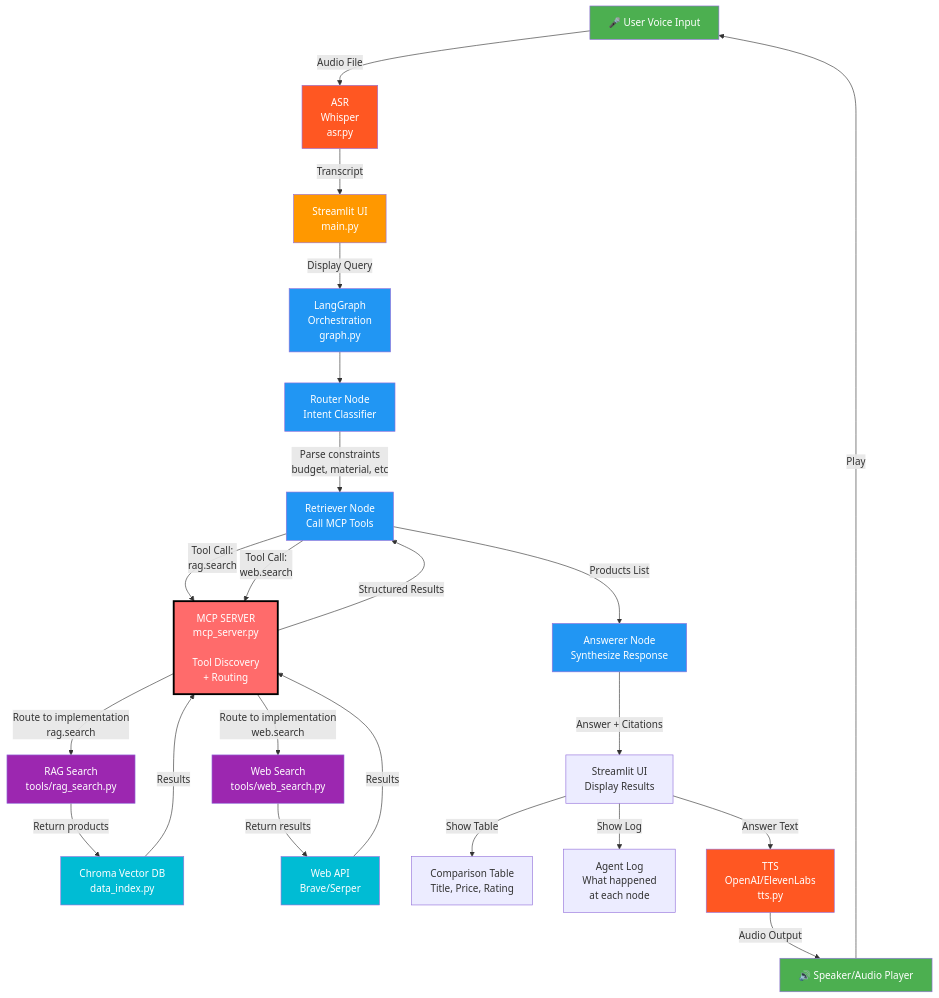
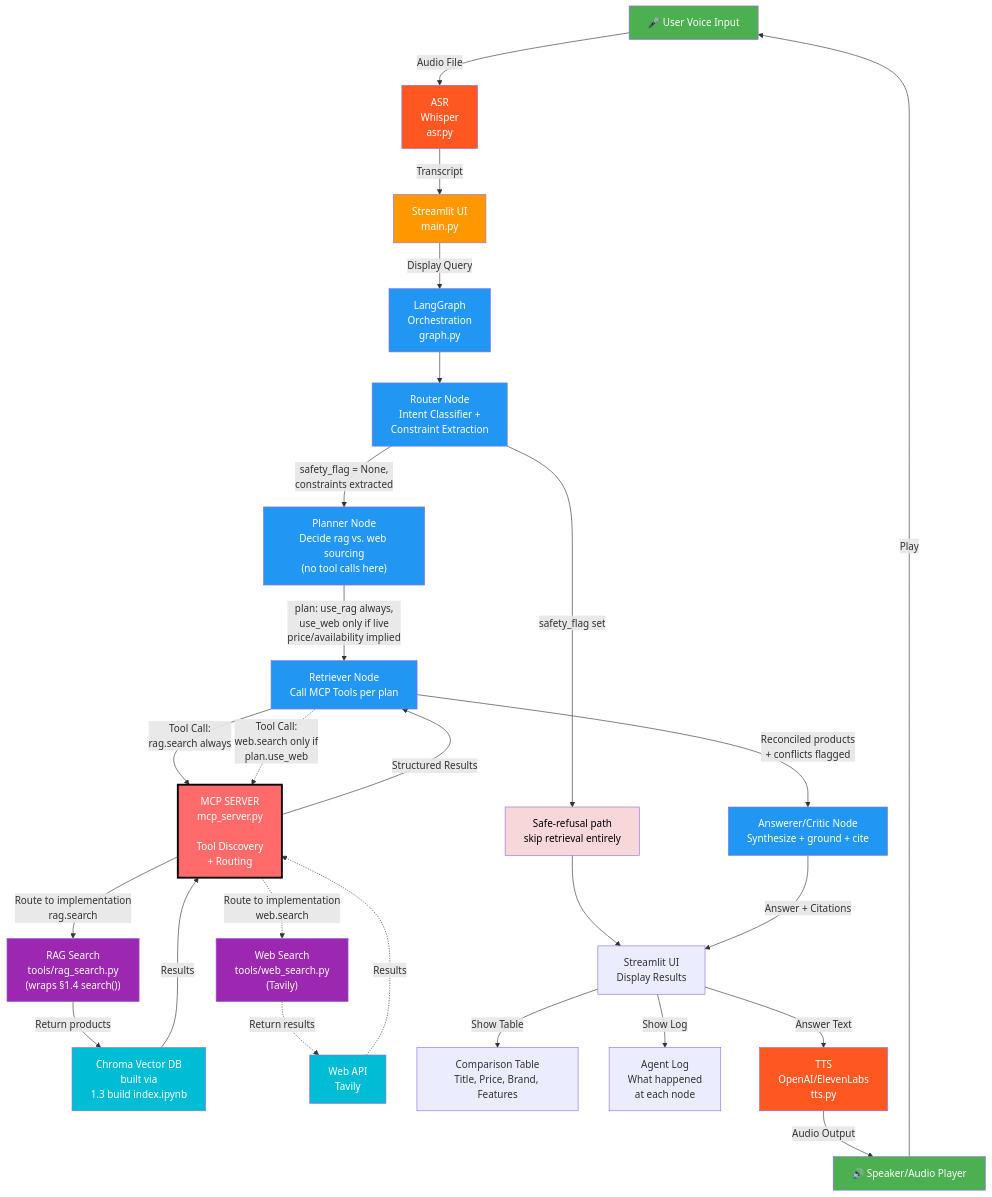
One commit to pareeyaporn/Agentic-Voice-to-Voice-AI changed the diagram in Architecture/architecture_with_mcp.mermaid. Above: the diagram before and after it, drawn with Mermaid. The commit also changed 18 other files, not shown here.

```diff
--- a/Architecture/architecture_with_mcp.mermaid
+++ b/Architecture/architecture_with_mcp.mermaid
@@ -1,51 +1,58 @@
 graph TD
     A["🎤 User Voice Input"] -->|Audio File| B["ASR<br/>Whisper<br/>asr.py"]
 
     B -->|Transcript| C["Streamlit UI<br/>main.py"]
 
     C -->|Display Query| D["LangGraph<br/>Orchestration<br/>graph.py"]
 
-    D --> E["Router Node<br/>Intent Classifier"]
-    E -->|Parse constraints<br/>budget, material, etc| F["Retriever Node<br/>Call MCP Tools"]
+    D --> E["Router Node<br/>Intent Classifier +<br/>Constraint Extraction"]
 
-    F -->|Tool Call:<br/>rag.search| G["MCP SERVER<br/>mcp_server.py<br/><br/>Tool Discovery<br/>+ Routing"]
+    E -->|safety_flag set| S["Safe-refusal path<br/>skip retrieval entirely"]
+    E -->|safety_flag = None,<br/>constraints extracted| F["Planner Node<br/>Decide rag vs. web sourcing<br/>(no tool calls here)"]
 
-    F -->|Tool Call:<br/>web.search| G
+    F -->|plan: use_rag always,<br/>use_web only if live<br/>price/availability implied| R["Retriever Node<br/>Call MCP Tools per plan"]
 
-    G -->|Route to implementation<br/>rag.search| H["RAG Search<br/>tools/rag_search.py"]
-    G -->|Route to implementation<br/>web.search| I["Web Search<br/>tools/web_search.py"]
+    R -->|Tool Call:<br/>rag.search always| G["MCP SERVER<br/>mcp_server.py<br/><br/>Tool Discovery<br/>+ Routing"]
 
-    H -->|Return products| J["Chroma Vector DB<br/>data_index.py"]
-    I -->|Return results| K["Web API<br/>Brave/Serper"]
+    R -.->|Tool Call:<br/>web.search only if<br/>plan.use_web| G
+
+    G -->|Route to implementation<br/>rag.search| H["RAG Search<br/>tools/rag_search.py<br/>(wraps §1.4 search())"]
+    G -.->|Route to implementation<br/>web.search| I["Web Search<br/>tools/web_search.py<br/>(Tavily)"]
+
+    H -->|Return products| J["Chroma Vector DB<br/>built via<br/>1.3 build index.ipynb"]
+    I -.->|Return results| K["Web API<br/>Tavily"]
 
     J -->|Results| G
-    K -->|Results| G
+    K -.->|Results| G
 
-    G -->|Structured Results| F
+    G -->|Structured Results| R
 
-    F -->|Products List| L["Answerer Node<br/>Synthesize Response"]
+    R -->|Reconciled products<br/>+ conflicts flagged| L["Answerer/Critic Node<br/>Synthesize + ground + cite"]
 
-    L -->|Answer + Citations| M["Streamlit UI<br/>Display Results"]
+    S --> M["Streamlit UI<br/>Display Results"]
+    L -->|Answer + Citations| M
 
-    M -->|Show Table| N["Comparison Table<br/>Title, Price, Rating"]
+    M -->|Show Table| N["Comparison Table<br/>Title, Price, Brand, Features"]
     M -->|Show Log| O["Agent Log<br/>What happened<br/>at each node"]
 
     M -->|Answer Text| P["TTS<br/>OpenAI/ElevenLabs<br/>tts.py"]
     P -->|Audio Output| Q["🔊 Speaker/Audio Player"]
 
     Q -->|Play| A
 
     style A fill:#4CAF50,color:#fff
     style Q fill:#4CAF50,color:#fff
     style D fill:#2196F3,color:#fff
     style E fill:#2196F3,color:#fff
     style F fill:#2196F3,color:#fff
+    style R fill:#2196F3,color:#fff
     style L fill:#2196F3,color:#fff
+    style S fill:#f8d7da,color:#000
     style C fill:#FF9800,color:#fff
     style G fill:#FF6B6B,color:#fff,stroke:#000,stroke-width:3px
     style H fill:#9C27B0,color:#fff
     style I fill:#9C27B0,color:#fff
     style P fill:#FF5722,color:#fff
     style B fill:#FF5722,color:#fff
     style J fill:#00BCD4,color:#fff
     style K fill:#00BCD4,color:#fff
```
